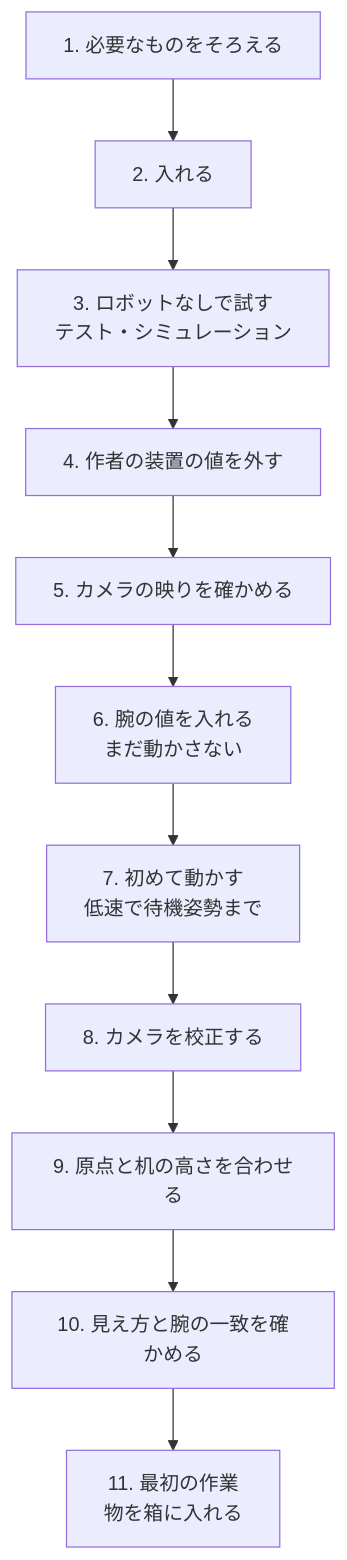
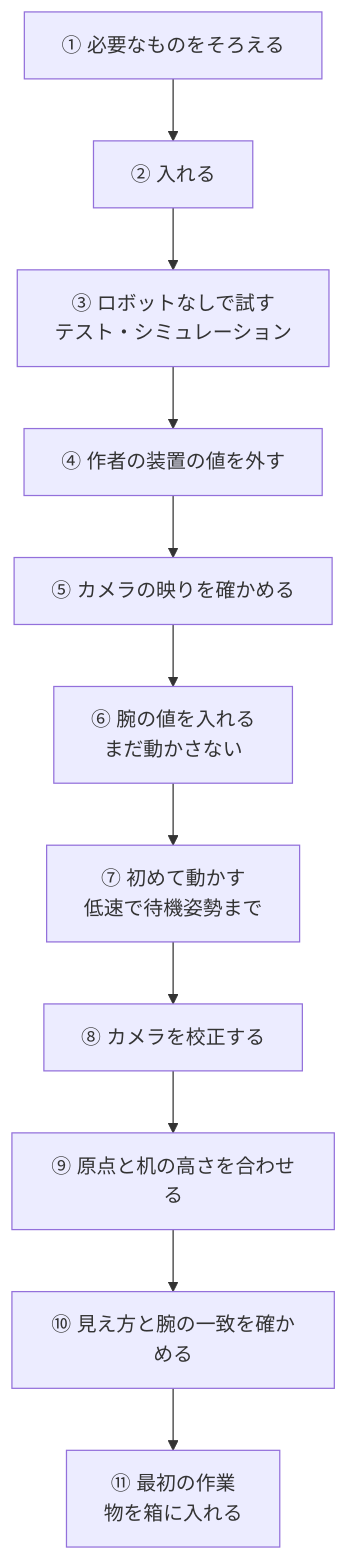
Before and after one commit to FaBoAI/Tazuna: the diagram in docs/SETUP_SO101.md, drawn with Mermaid. The commit also changed other lines of this file and 6 other files, not shown here.

````diff
--- a/docs/SETUP_SO101.md
+++ b/docs/SETUP_SO101.md
@@ -19,13 +19,13 @@
 ```mermaid
 flowchart TB
-    A["1. 必要なものをそろえる"] --> B["2. 入れる"]
-    B --> C["3. ロボットなしで試す<br>テスト・シミュレーション"]
-    C --> D["4. 作者の装置の値を外す"]
-    D --> E["5. カメラの映りを確かめる"]
-    E --> F["6. 腕の値を入れる<br>まだ動かさない"]
-    F --> G["7. 初めて動かす<br>低速で待機姿勢まで"]
-    G --> H["8. カメラを校正する"]
-    H --> I["9. 原点と机の高さを合わせる"]
-    I --> J["10. 見え方と腕の一致を確かめる"]
-    J --> K["11. 最初の作業<br>物を箱に入れる"]
+    A["① 必要なものをそろえる"] --> B["② 入れる"]
+    B --> C["③ ロボットなしで試す<br>テスト・シミュレーション"]
+    C --> D["④ 作者の装置の値を外す"]
+    D --> E["⑤ カメラの映りを確かめる"]
+    E --> F["⑥ 腕の値を入れる<br>まだ動かさない"]
+    F --> G["⑦ 初めて動かす<br>低速で待機姿勢まで"]
+    G --> H["⑧ カメラを校正する"]
+    H --> I["⑨ 原点と机の高さを合わせる"]
+    I --> J["⑩ 見え方と腕の一致を確かめる"]
+    J --> K["⑪ 最初の作業<br>物を箱に入れる"]
 ```
````
